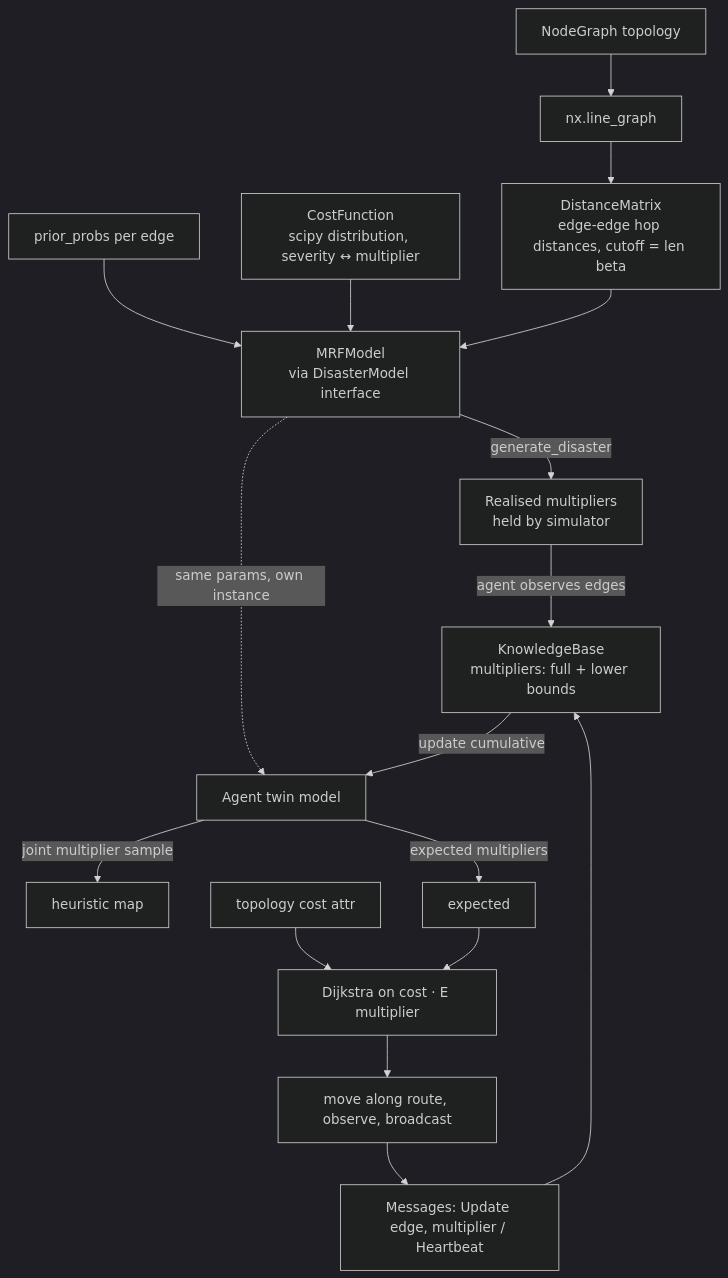
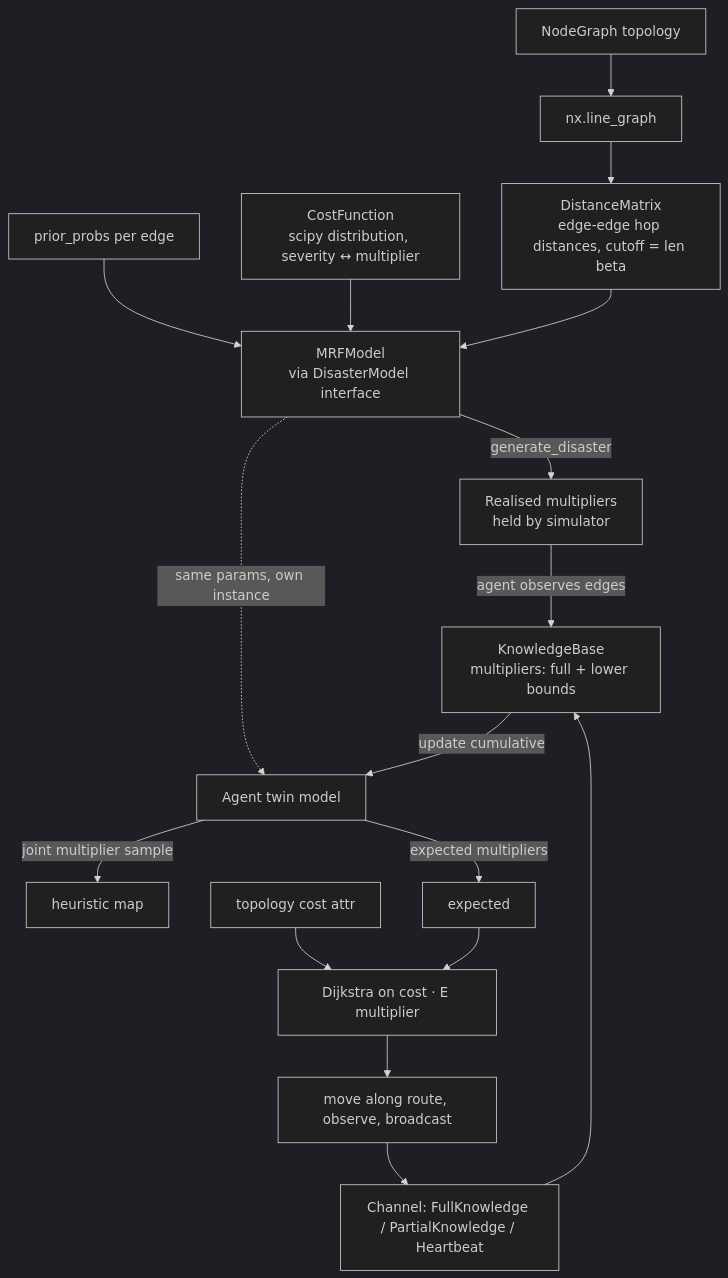
One commit to umutyunusoglu/stellar changed the diagram in docs/ARCHITECTURE.md. Above: the diagram before and after it, drawn with Mermaid (dark theme). The commit also changed other lines of this file and 8 other files, not shown here.

````diff
--- a/docs/ARCHITECTURE.md
+++ b/docs/ARCHITECTURE.md
@@ -5,19 +5,19 @@
 ```mermaid
 flowchart TD
     G[NodeGraph topology] --> LG[nx.line_graph]
     LG --> D[DistanceMatrix<br/>edge-edge hop distances, cutoff = len beta]
     P[prior_probs per edge] --> M
     CF[CostFunction<br/>scipy distribution, severity ↔ multiplier] --> M
     D --> M[MRFModel<br/>via DisasterModel interface]
     M -->|generate_disaster| R[Realised multipliers<br/>held by simulator]
     M -.->|same params, own instance| TW[Agent twin model]
     R -->|agent observes edges| KB[KnowledgeBase<br/>multipliers: full + lower bounds]
-    MSG[Messages: Update edge, multiplier / Heartbeat] --> KB
+    MSG[Channel: FullKnowledge / PartialKnowledge / Heartbeat] --> KB
     KB -->|update cumulative| TW
     TW -->|joint multiplier sample| HM[heuristic map]
     TW -->|expected multipliers| B[expected]
     BC[topology cost attr] --> RT
     B --> RT[Dijkstra on cost · E multiplier]
     RT --> MOVE[move along route, observe, broadcast]
     MOVE --> MSG
 ```
````
